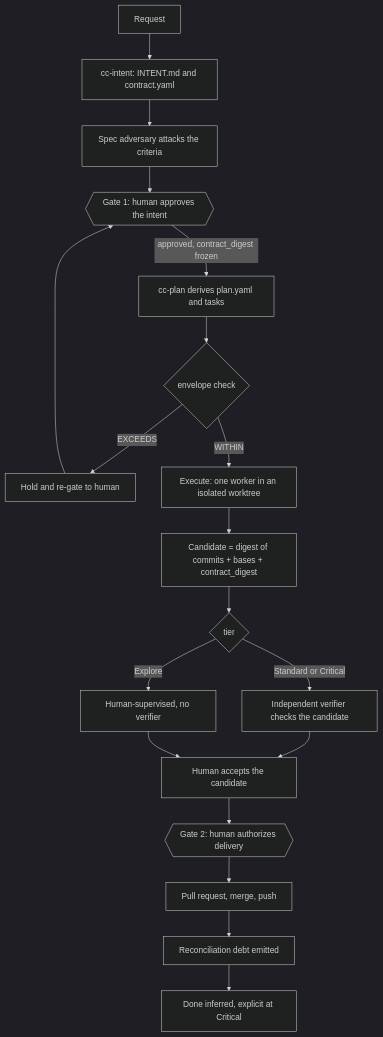
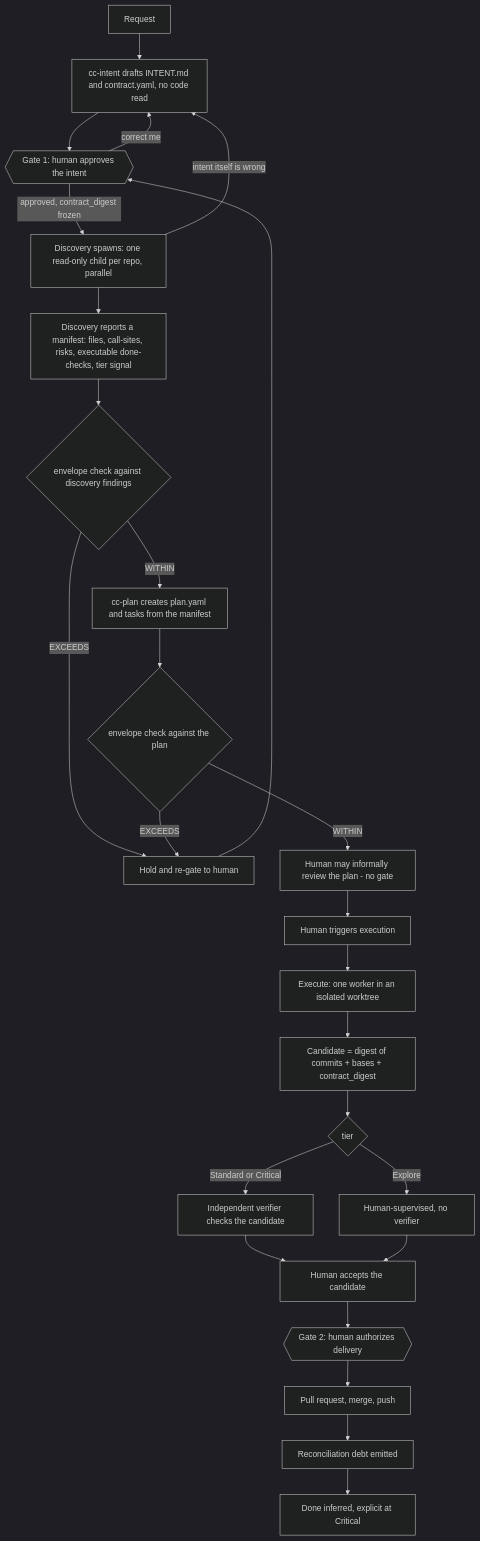
Before and after one commit to kaotypr/context-circuit-source: the first of 7 diagrams in sources/context-circuit-v1.0/diagrams.md, drawn with Mermaid (dark theme). The commit also changed other lines of this file and 22 other files, not shown here.

First line of the commit message:
docs(sources): refactor v1.0 study around a discovery phase, dropping the spec adversary

````diff
--- a/sources/context-circuit-v1.0/diagrams.md
+++ b/sources/context-circuit-v1.0/diagrams.md
@@ -9,21 +9,28 @@
 ```mermaid
 flowchart TD
-    R[Request] --> I[cc-intent: INTENT.md and contract.yaml]
-    I --> ADV[Spec adversary attacks the criteria]
-    ADV --> G1{{Gate 1: human approves the intent}}
-    G1 -->|approved, contract_digest frozen| P[cc-plan derives plan.yaml and tasks]
-    P --> ENV{envelope check}
+    R[Request] --> I[cc-intent drafts INTENT.md and contract.yaml, no code read]
+    I --> G1{{Gate 1: human approves the intent}}
+    G1 -->|correct me| I
+    G1 -->|approved, contract_digest frozen| DISC[Discovery spawns: one read-only child per repo, parallel]
+    DISC -->|intent itself is wrong| I
+    DISC --> MANI[Discovery reports a manifest: files, call-sites, risks, executable done-checks, tier signal]
+    MANI --> ENV{envelope check against discovery findings}
     ENV -->|EXCEEDS| RG[Hold and re-gate to human]
     RG --> G1
-    ENV -->|WITHIN| EX[Execute: one worker in an isolated worktree]
+    ENV -->|WITHIN| P[cc-plan creates plan.yaml and tasks from the manifest]
+    P --> ENV2{envelope check against the plan}
+    ENV2 -->|EXCEEDS| RG
+    ENV2 -->|WITHIN| REV[Human may informally review the plan - no gate]
+    REV --> TRIG[Human triggers execution]
+    TRIG --> EX[Execute: one worker in an isolated worktree]
     EX --> CAND[Candidate = digest of commits + bases + contract_digest]
     CAND --> T{tier}
     T -->|Standard or Critical| VER[Independent verifier checks the candidate]
     T -->|Explore| SUP[Human-supervised, no verifier]
     VER --> AC[Human accepts the candidate]
     SUP --> AC
     AC --> G2{{Gate 2: human authorizes delivery}}
     G2 --> DEL[Pull request, merge, push]
     DEL --> DEBT[Reconciliation debt emitted]
     DEBT --> DONE[Done inferred, explicit at Critical]
 ```
````
